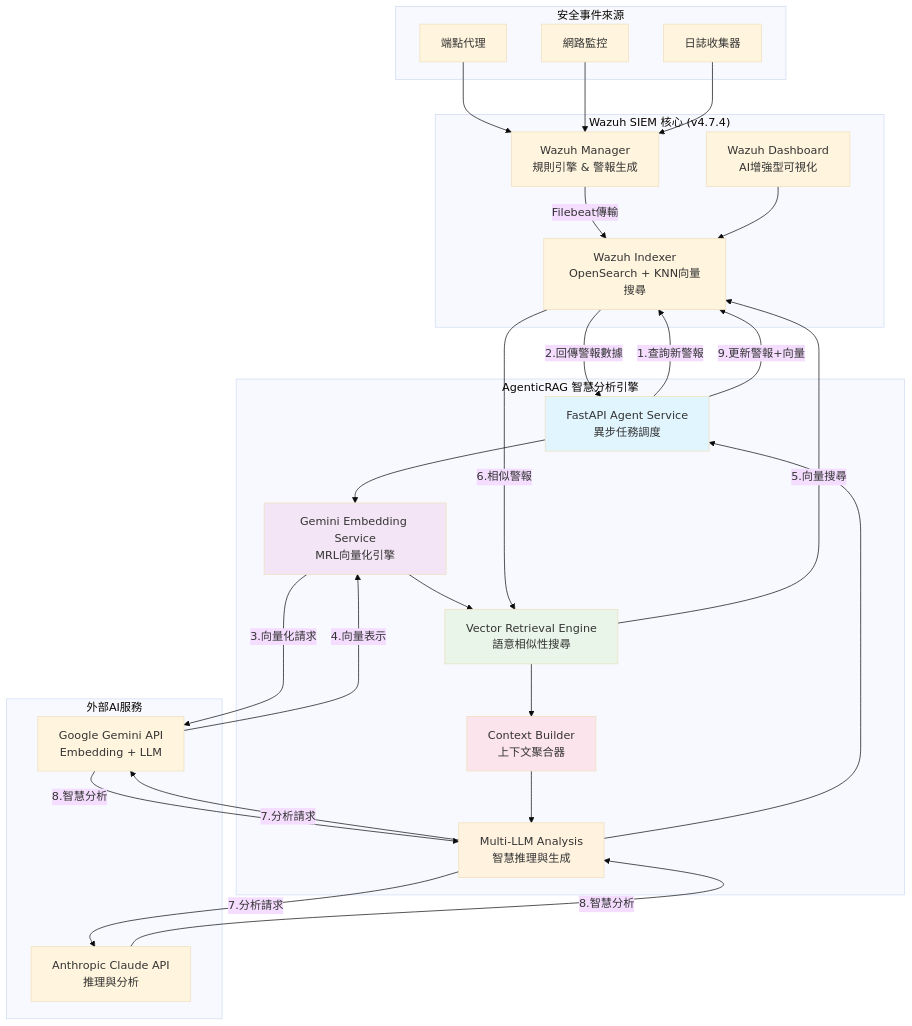
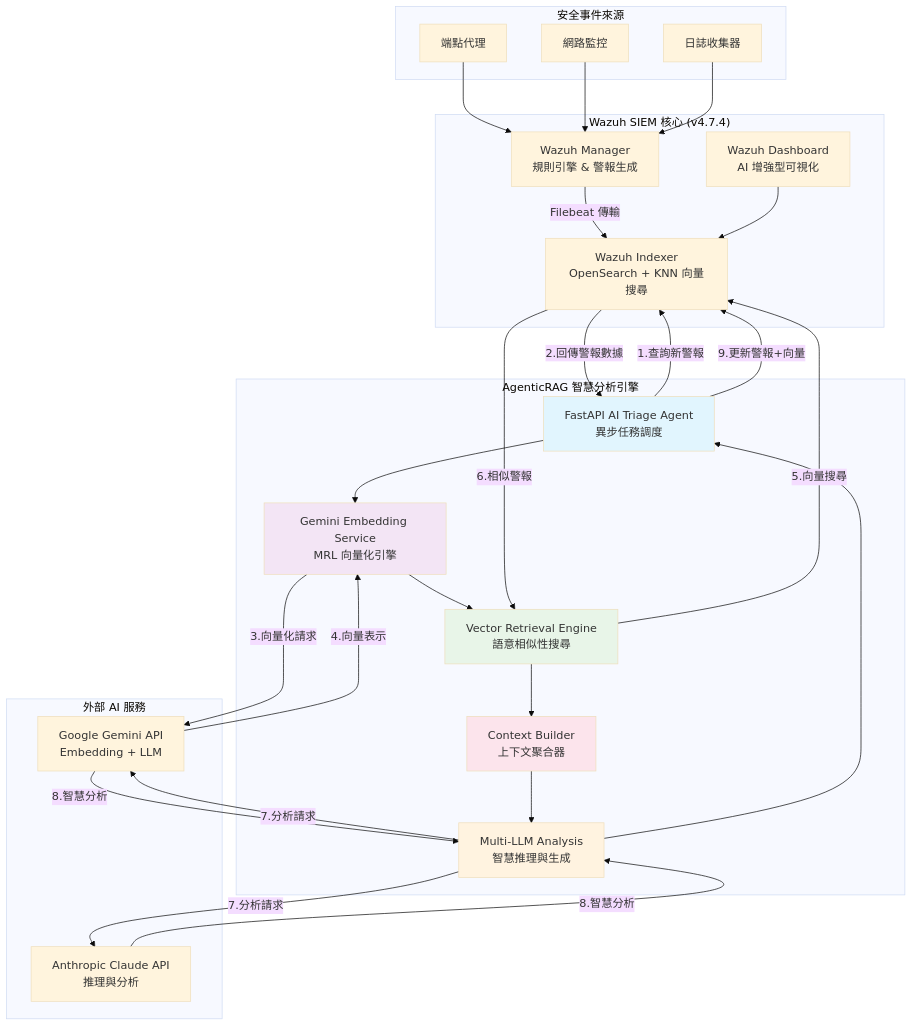
Before and after one commit to trionnemesis/wazuh_ai_agent: the diagram in README.md, drawn with Mermaid (base theme). The commit also changed other lines of this file, not shown here.

````diff
--- a/README.md
+++ b/README.md
@@ -30,57 +35,57 @@
 ```mermaid
 graph TB
     subgraph "安全事件來源"
         A1[端點代理]
         A2[網路監控]
         A3[日誌收集器]
     end
     
     subgraph "Wazuh SIEM 核心 (v4.7.4)"
         B1[Wazuh Manager<br/>規則引擎 & 警報生成]
-        B2[Wazuh Indexer<br/>OpenSearch + KNN向量搜尋]
-        B3[Wazuh Dashboard<br/>AI增強型可視化]
+        B2[Wazuh Indexer<br/>OpenSearch + KNN 向量搜尋]
+        B3[Wazuh Dashboard<br/>AI 增強型可視化]
     end
     
     subgraph "AgenticRAG 智慧分析引擎"
-        C1[FastAPI Agent Service<br/>異步任務調度]
-        C2[Gemini Embedding Service<br/>MRL向量化引擎]
+        C1[FastAPI AI Triage Agent<br/>異步任務調度]
+        C2[Gemini Embedding Service<br/>MRL 向量化引擎]
         C3[Vector Retrieval Engine<br/>語意相似性搜尋]
         C4[Multi-LLM Analysis<br/>智慧推理與生成]
         C5[Context Builder<br/>上下文聚合器]
     end
     
-    subgraph "外部AI服務"
+    subgraph "外部 AI 服務"
         D1[Google Gemini API<br/>Embedding + LLM]
         D2[Anthropic Claude API<br/>推理與分析]
     end
     
     A1 --> B1
     A2 --> B1
     A3 --> B1
     
-    B1 -->|Filebeat傳輸| B2
+    B1 -->|Filebeat 傳輸| B2
     B3 --> B2
     
     C1 -->|1.查詢新警報| B2
     B2 -->|2.回傳警報數據| C1
     C1 --> C2
     C2 -->|3.向量化請求| D1
     D1 -->|4.向量表示| C2
     C2 --> C3
     C3 -->|5.向量搜尋| B2
     B2 -->|6.相似警報| C3
     C3 --> C5
     C5 --> C4
     C4 -->|7.分析請求| D1
     C4 -->|7.分析請求| D2
     D1 -->|8.智慧分析| C4
     D2 -->|8.智慧分析| C4
     C4 --> C1
     C1 -->|9.更新警報+向量| B2
     
     style C1 fill:#e1f5fe
     style C2 fill:#f3e5f5
     style C3 fill:#e8f5e8
     style C4 fill:#fff3e0
     style C5 fill:#fce4ec
 ```
````
